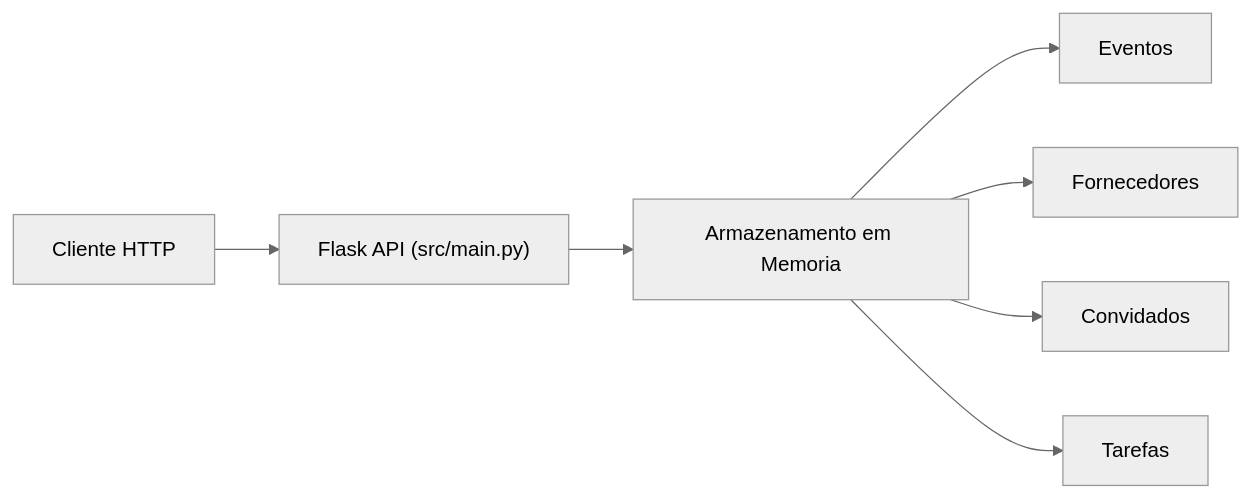
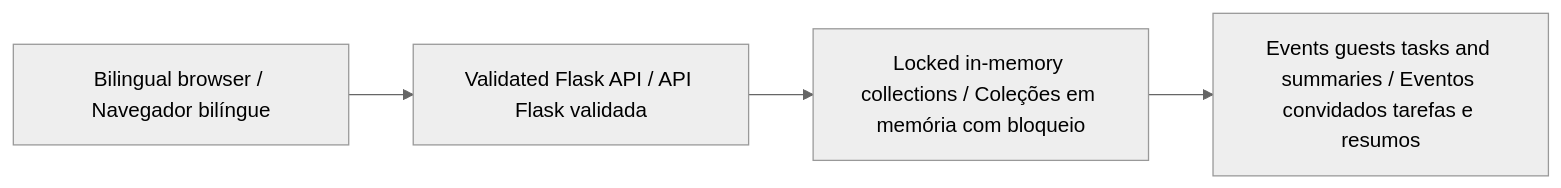
Before and after one commit to galafis/Event-Planning-System: the diagram in README.md, drawn with Mermaid (neutral theme). The commit also changed other lines of this file and 11 other files, not shown here.

````diff
--- a/README.md
+++ b/README.md
@@ -25,9 +42,8 @@
 ```mermaid
-graph LR
-    Client["Cliente HTTP"] --> Flask["Flask API (src/main.py)"]
-    Flask --> Storage["Armazenamento em Memoria"]
-    Storage --> Events["Eventos"]
-    Storage --> Vendors["Fornecedores"]
-    Storage --> Guests["Convidados"]
-    Storage --> Tasks["Tarefas"]
+flowchart LR
+    A["Bilingual browser / Navegador bilíngue"]
+    B["Validated Flask API / API Flask validada"]
+    C["Locked in-memory collections / Coleções em memória com bloqueio"]
+    D["Events guests tasks and summaries / Eventos convidados tarefas e resumos"]
+    A --> B --> C --> D
 ```
````
